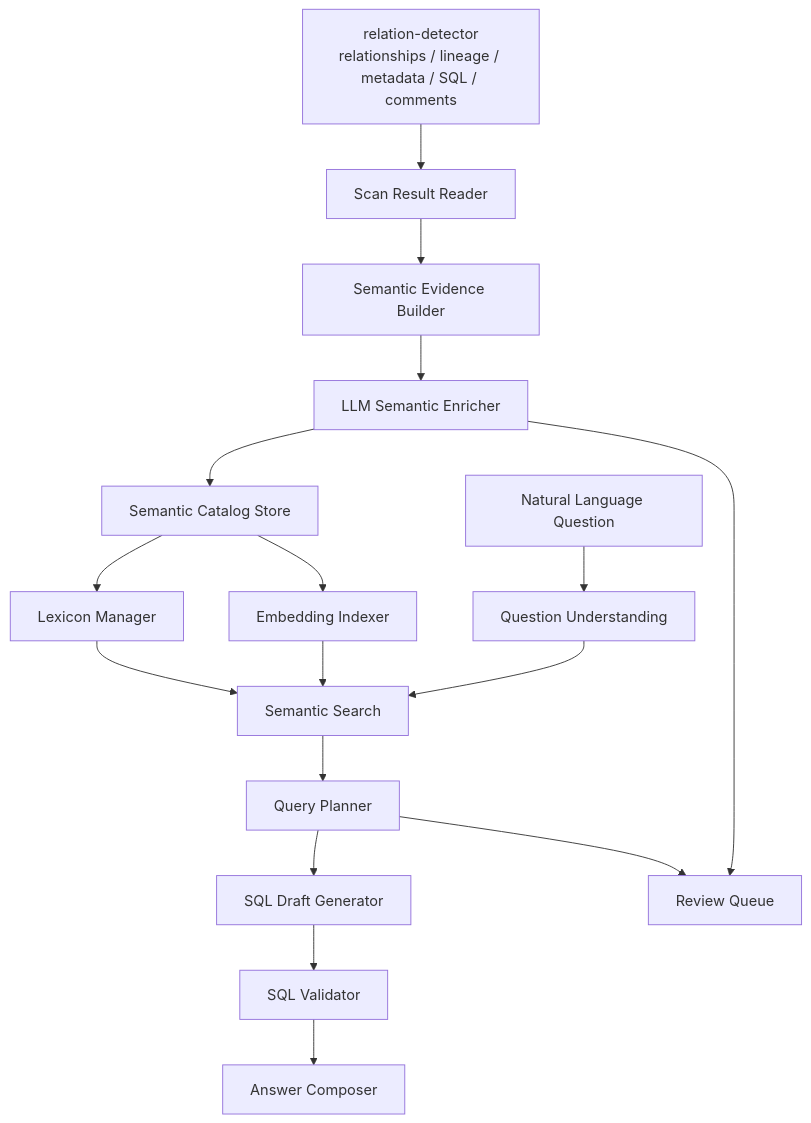
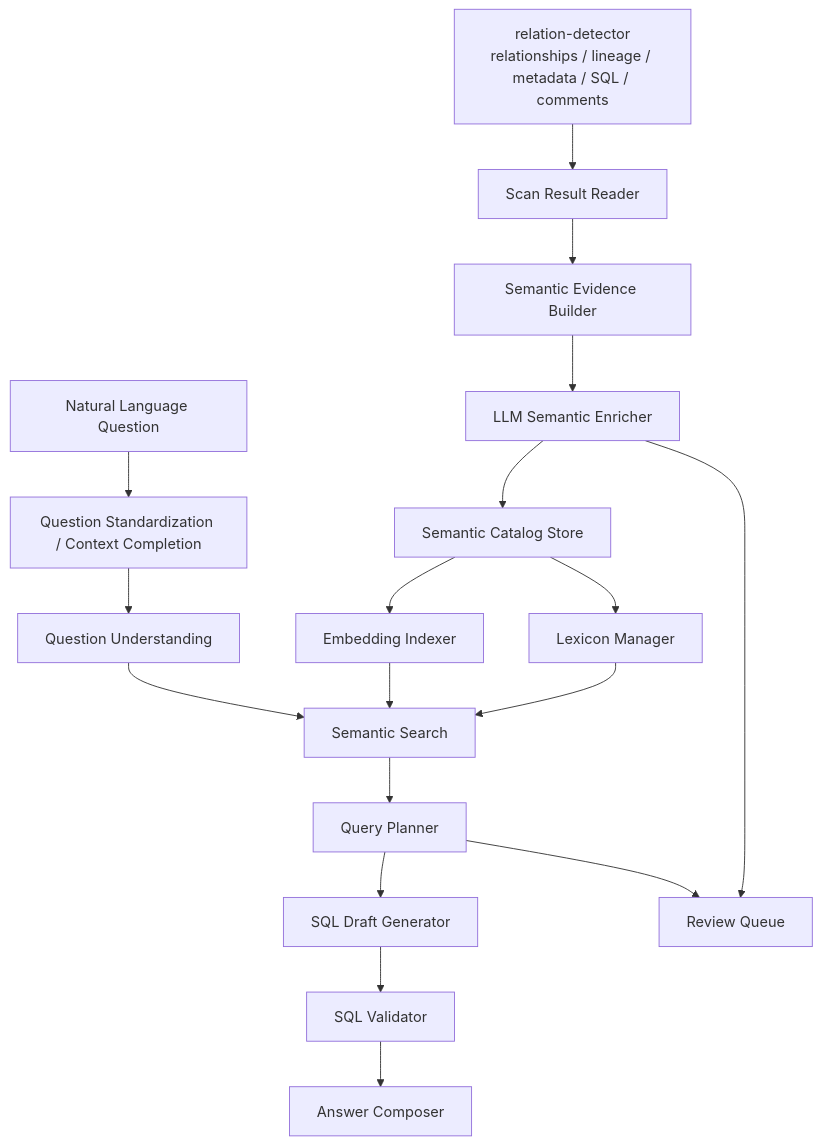
The second of 8 diagrams in docs/design/semantic-layer-overall-design.md (xiaoguang/relation-detector), drawn with Mermaid before and after one commit. The commit also changed other lines of this file and 3 other files, not shown here.

````diff
--- a/docs/design/semantic-layer-overall-design.md
+++ b/docs/design/semantic-layer-overall-design.md
@@ -110,22 +111,23 @@
 ```mermaid
 flowchart TD
   A["relation-detector\nrelationships / lineage / metadata / SQL / comments"] --> B["Scan Result Reader"]
   B --> C["Semantic Evidence Builder"]
   C --> D["LLM Semantic Enricher"]
   D --> E["Semantic Catalog Store"]
 
   E --> F["Lexicon Manager"]
   E --> G["Embedding Indexer"]
   F --> H["Semantic Search"]
   G --> H
 
-  Q["Natural Language Question"] --> I["Question Understanding"]
+  Q["Natural Language Question"] --> QS["Question Standardization / Context Completion"]
+  QS --> I["Question Understanding"]
   I --> H
   H --> J["Query Planner"]
   J --> K["SQL Draft Generator"]
   K --> L["SQL Validator"]
   L --> M["Answer Composer"]
 
   D --> N["Review Queue"]
   J --> N
 ```
````
